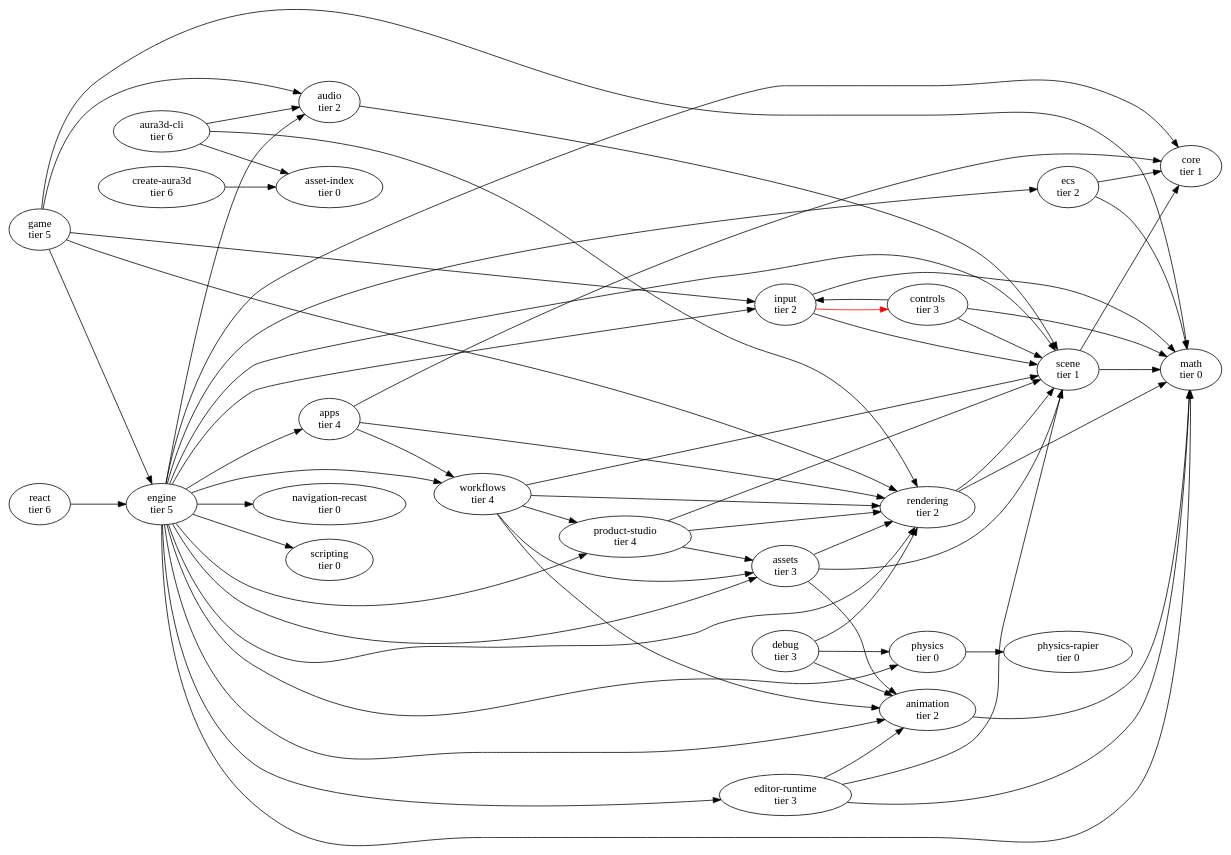
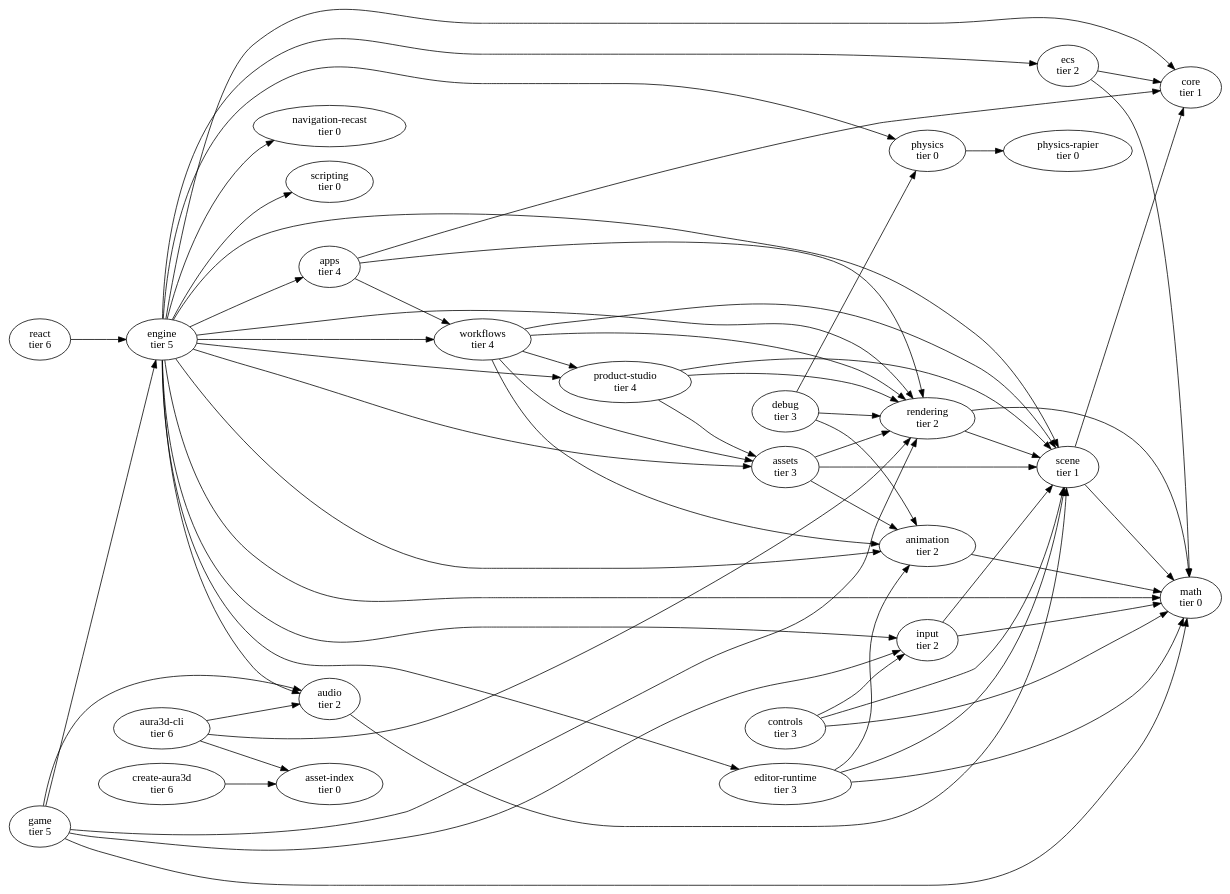
The diagram in docs/architecture/package-graph.dot (auraoneai/aura3d), drawn with Graphviz before and after one commit. The commit also changed 20 other files, not shown here.

```diff
--- a/docs/architecture/package-graph.dot
+++ b/docs/architecture/package-graph.dot
@@ -1,89 +1,88 @@
 digraph aura3d {
   rankdir=LR;
   "animation" [label="animation\ntier 2"];
   "animation" -> "math";
   "apps" [label="apps\ntier 4"];
   "apps" -> "core";
   "apps" -> "rendering";
   "apps" -> "workflows";
   "asset-index" [label="asset-index\ntier 0"];
   "assets" [label="assets\ntier 3"];
   "assets" -> "animation";
   "assets" -> "rendering";
   "assets" -> "scene";
   "audio" [label="audio\ntier 2"];
   "audio" -> "scene";
   "aura3d-cli" [label="aura3d-cli\ntier 6"];
   "aura3d-cli" -> "asset-index";
   "aura3d-cli" -> "audio";
   "aura3d-cli" -> "rendering";
   "controls" [label="controls\ntier 3"];
   "controls" -> "input";
   "controls" -> "math";
   "controls" -> "scene";
   "core" [label="core\ntier 1"];
   "create-aura3d" [label="create-aura3d\ntier 6"];
   "create-aura3d" -> "asset-index";
   "debug" [label="debug\ntier 3"];
   "debug" -> "animation";
   "debug" -> "physics";
   "debug" -> "rendering";
   "ecs" [label="ecs\ntier 2"];
   "ecs" -> "core";
   "ecs" -> "math";
   "editor-runtime" [label="editor-runtime\ntier 3"];
   "editor-runtime" -> "animation";
   "editor-runtime" -> "math";
   "editor-runtime" -> "scene";
   "engine" [label="engine\ntier 5"];
   "engine" -> "animation";
   "engine" -> "apps";
   "engine" -> "assets";
   "engine" -> "audio";
   "engine" -> "core";
   "engine" -> "ecs";
   "engine" -> "editor-runtime";
   "engine" -> "input";
   "engine" -> "math";
   "engine" -> "navigation-recast";
   "engine" -> "physics";
   "engine" -> "product-studio";
   "engine" -> "rendering";
   "engine" -> "scene";
   "engine" -> "scripting";
   "engine" -> "workflows";
   "game" [label="game\ntier 5"];
   "game" -> "audio";
   "game" -> "engine";
   "game" -> "input";
   "game" -> "math";
   "game" -> "rendering";
   "input" [label="input\ntier 2"];
-  "input" -> "controls" [color=red];
   "input" -> "math";
   "input" -> "scene";
   "math" [label="math\ntier 0"];
   "navigation-recast" [label="navigation-recast\ntier 0"];
   "physics" [label="physics\ntier 0"];
   "physics" -> "physics-rapier";
   "physics-rapier" [label="physics-rapier\ntier 0"];
   "product-studio" [label="product-studio\ntier 4"];
   "product-studio" -> "assets";
   "product-studio" -> "rendering";
   "product-studio" -> "scene";
   "react" [label="react\ntier 6"];
   "react" -> "engine";
   "rendering" [label="rendering\ntier 2"];
   "rendering" -> "math";
   "rendering" -> "scene";
   "scene" [label="scene\ntier 1"];
   "scene" -> "core";
   "scene" -> "math";
   "scripting" [label="scripting\ntier 0"];
   "workflows" [label="workflows\ntier 4"];
   "workflows" -> "animation";
   "workflows" -> "assets";
   "workflows" -> "product-studio";
   "workflows" -> "rendering";
   "workflows" -> "scene";
 }
```
